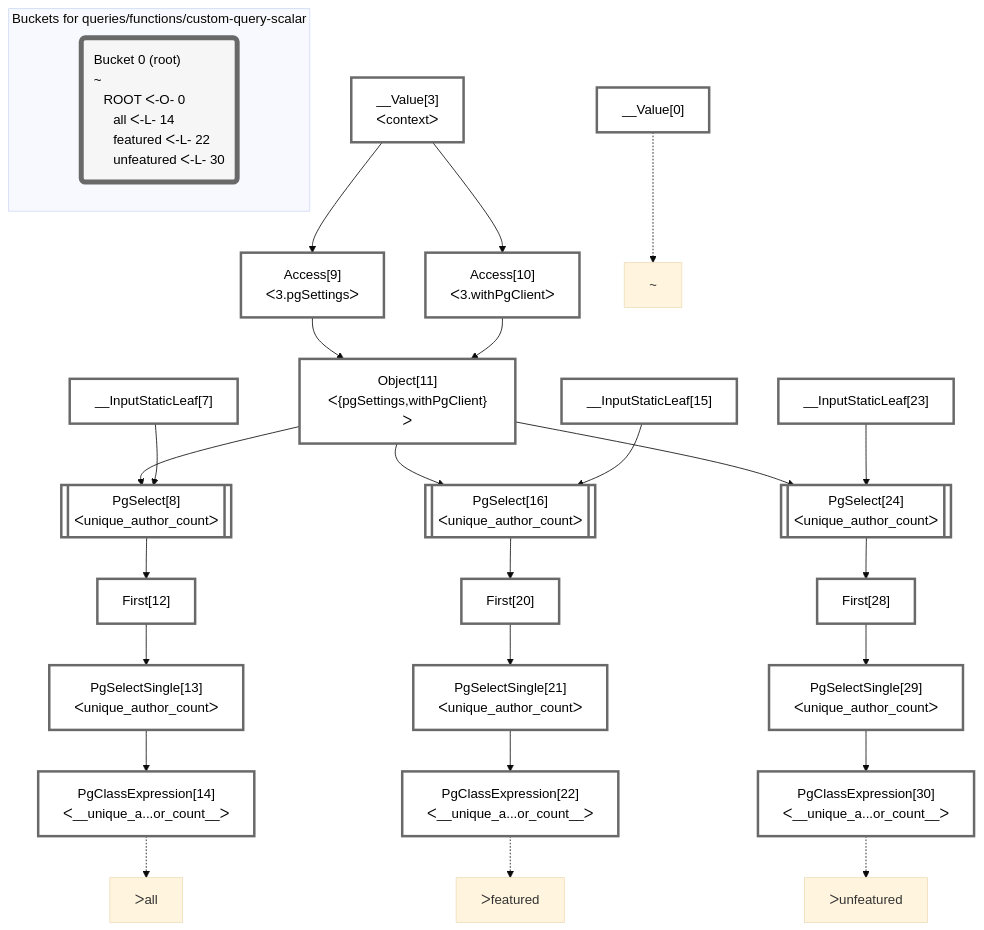
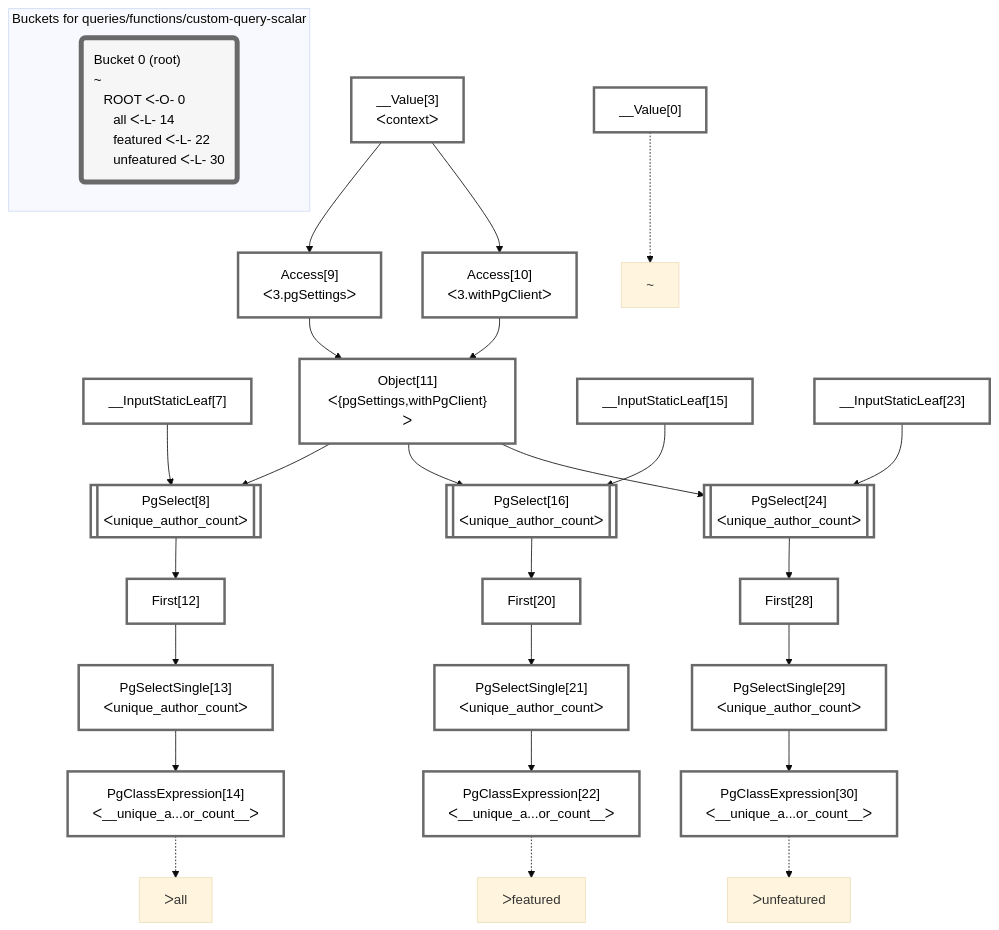
Before and after one commit to graphile/crystal: the diagram in packages/dataplan-pg/__tests__/queries/functions/custom-query-scalar.mermaid.md, drawn with Mermaid (base theme). The commit also changed other lines of this file and 195 other files, not shown here.

Commit message:
Reorder graphs

````diff
--- a/packages/dataplan-pg/__tests__/queries/functions/custom-query-scalar.mermaid.md
+++ b/packages/dataplan-pg/__tests__/queries/functions/custom-query-scalar.mermaid.md
@@ -1,64 +1,64 @@
 ```mermaid
 graph TD
     classDef path fill:#eee,stroke:#000,color:#000
     classDef plan fill:#fff,stroke-width:3px,color:#000
     classDef itemplan fill:#fff,stroke-width:6px,color:#000
     classDef sideeffectplan fill:#f00,stroke-width:6px,color:#000
     classDef bucket fill:#f6f6f6,color:#000,stroke-width:6px,text-align:left
 
 
     %% define plans
     __Value0["__Value[0]"]:::plan
-    PgClassExpression14["PgClassExpression[14]<br />ᐸ__unique_a...or_count__ᐳ"]:::plan
-    PgSelectSingle13["PgSelectSingle[13]<br />ᐸunique_author_countᐳ"]:::plan
-    First12["First[12]"]:::plan
-    PgSelect8[["PgSelect[8]<br />ᐸunique_author_countᐳ"]]:::plan
-    PgClassExpression22["PgClassExpression[22]<br />ᐸ__unique_a...or_count__ᐳ"]:::plan
-    PgSelectSingle21["PgSelectSingle[21]<br />ᐸunique_author_countᐳ"]:::plan
-    First20["First[20]"]:::plan
-    PgSelect16[["PgSelect[16]<br />ᐸunique_author_countᐳ"]]:::plan
-    PgClassExpression30["PgClassExpression[30]<br />ᐸ__unique_a...or_count__ᐳ"]:::plan
-    PgSelectSingle29["PgSelectSingle[29]<br />ᐸunique_author_countᐳ"]:::plan
-    First28["First[28]"]:::plan
-    PgSelect24[["PgSelect[24]<br />ᐸunique_author_countᐳ"]]:::plan
-    Object11["Object[11]<br />ᐸ{pgSettings,withPgClient}ᐳ"]:::plan
+    __Value3["__Value[3]<br />ᐸcontextᐳ"]:::plan
+    __InputStaticLeaf7["__InputStaticLeaf[7]"]:::plan
     Access9["Access[9]<br />ᐸ3.pgSettingsᐳ"]:::plan
     Access10["Access[10]<br />ᐸ3.withPgClientᐳ"]:::plan
-    __Value3["__Value[3]<br />ᐸcontextᐳ"]:::plan
-    __InputStaticLeaf7["__InputStaticLeaf[7]"]:::plan
+    Object11["Object[11]<br />ᐸ{pgSettings,withPgClient}ᐳ"]:::plan
+    PgSelect8[["PgSelect[8]<br />ᐸunique_author_countᐳ"]]:::plan
+    First12["First[12]"]:::plan
+    PgSelectSingle13["PgSelectSingle[13]<br />ᐸunique_author_countᐳ"]:::plan
+    PgClassExpression14["PgClassExpression[14]<br />ᐸ__unique_a...or_count__ᐳ"]:::plan
     __InputStaticLeaf15["__InputStaticLeaf[15]"]:::plan
+    PgSelect16[["PgSelect[16]<br />ᐸunique_author_countᐳ"]]:::plan
+    First20["First[20]"]:::plan
+    PgSelectSingle21["PgSelectSingle[21]<br />ᐸunique_author_countᐳ"]:::plan
+    PgClassExpression22["PgClassExpression[22]<br />ᐸ__unique_a...or_count__ᐳ"]:::plan
     __InputStaticLeaf23["__InputStaticLeaf[23]"]:::plan
+    PgSelect24[["PgSelect[24]<br />ᐸunique_author_countᐳ"]]:::plan
+    First28["First[28]"]:::plan
+    PgSelectSingle29["PgSelectSingle[29]<br />ᐸunique_author_countᐳ"]:::plan
+    PgClassExpression30["PgClassExpression[30]<br />ᐸ__unique_a...or_count__ᐳ"]:::plan
 
     %% plan dependencies
-    PgSelectSingle13 --> PgClassExpression14
-    First12 --> PgSelectSingle13
-    PgSelect8 --> First12
-    Object11 & __InputStaticLeaf7 --> PgSelect8
-    PgSelectSingle21 --> PgClassExpression22
-    First20 --> PgSelectSingle21
-    PgSelect16 --> First20
-    Object11 & __InputStaticLeaf15 --> PgSelect16
-    PgSelectSingle29 --> PgClassExpression30
-    First28 --> PgSelectSingle29
-    PgSelect24 --> First28
-    Object11 & __InputStaticLeaf23 --> PgSelect24
-    Access9 & Access10 --> Object11
     __Value3 --> Access9
     __Value3 --> Access10
+    Access9 & Access10 --> Object11
+    Object11 & __InputStaticLeaf7 --> PgSelect8
+    PgSelect8 --> First12
+    First12 --> PgSelectSingle13
+    PgSelectSingle13 --> PgClassExpression14
+    Object11 & __InputStaticLeaf15 --> PgSelect16
+    PgSelect16 --> First20
+    First20 --> PgSelectSingle21
+    PgSelectSingle21 --> PgClassExpression22
+    Object11 & __InputStaticLeaf23 --> PgSelect24
+    PgSelect24 --> First28
+    First28 --> PgSelectSingle29
+    PgSelectSingle29 --> PgClassExpression30
 
     %% plan-to-path relationships
     P0["~"]
     __Value0 -.-> P0
     P14["ᐳall"]
     PgClassExpression14 -.-> P14
     P22["ᐳfeatured"]
     PgClassExpression22 -.-> P22
     P30["ᐳunfeatured"]
     PgClassExpression30 -.-> P30
 
     subgraph "Buckets for queries/functions/custom-query-scalar"
     Bucket0("Bucket 0 (root)<br />~<br />⠀ROOT ᐸ-O- 0<br />⠀⠀all ᐸ-L- 14<br />⠀⠀featured ᐸ-L- 22<br />⠀⠀unfeatured ᐸ-L- 30"):::bucket
     classDef bucket0 stroke:#696969
     class Bucket0,__Value0,__Value3,__InputStaticLeaf7,PgSelect8,Access9,Access10,Object11,First12,PgSelectSingle13,PgClassExpression14,__InputStaticLeaf15,PgSelect16,First20,PgSelectSingle21,PgClassExpression22,__InputStaticLeaf23,PgSelect24,First28,PgSelectSingle29,PgClassExpression30 bucket0
     end
 ```
````
